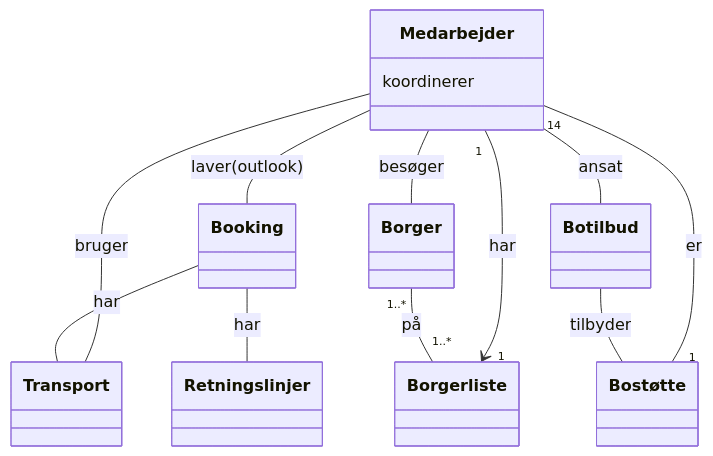
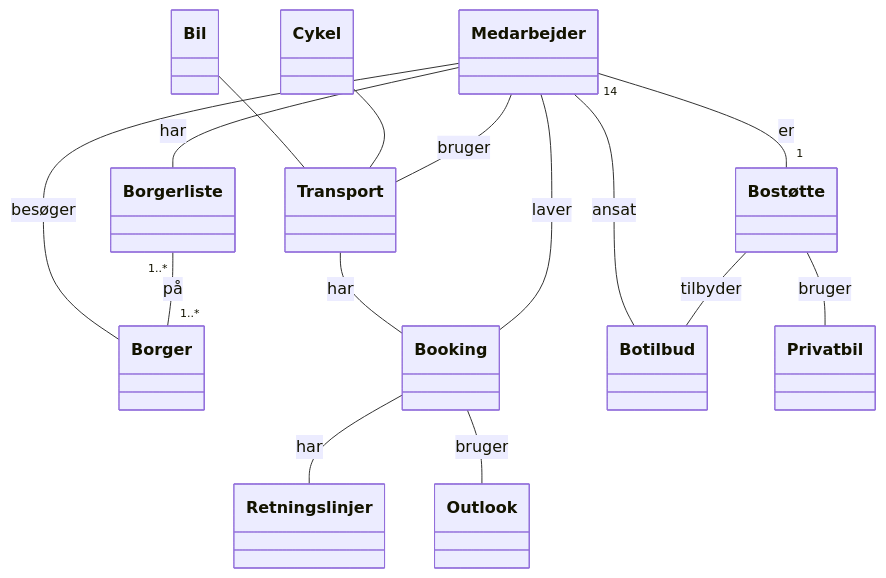
One commit to MatiasHeiberg/sibdat25-SysUd_SofArk_Project changed the diagram in docs/notes/Domænemodel.md. Above: the diagram before and after it, drawn with Mermaid. The commit also changed 1 other file, not shown here.

Commit message:
Domæne opdateret

````diff
--- a/docs/notes/Domænemodel.md
+++ b/docs/notes/Domænemodel.md
@@ -7,40 +7,34 @@
 ```mermaid
-classDiagram  
-  
-class Medarbejder {   
-koordinerer
-}  
-  
-class Transport {   
-}  
-  
-class Borger {  
-}  
+classDiagram
 
-class Booking {  
-}  
+class Medarbejder
+class Transport
+class Borger
+class Booking
+class Bostøtte
+class Botilbud
+class Retningslinjer
+class Borgerliste
+class Bil
+class Cykel
+class Outlook
+class Privatbil
 
-class Bostøtte {  
-}  
+Bil -- Transport
+Cykel -- Transport
 
-class Botilbud {  
-} 
+Transport -- Booking : har
+Medarbejder -- Transport : bruger
+Medarbejder -- Borger : besøger
+Medarbejder -- Booking : laver
+Booking -- Retningslinjer : har
+Booking -- Outlook : bruger
 
-class Retningslinjer {  
-}
+Medarbejder "14" -- "1" Bostøtte : er
+Medarbejder -- Botilbud : ansat
+Bostøtte -- Botilbud : tilbyder
+Bostøtte -- Privatbil : bruger
 
-class Borgerliste {  
-}
-
-
-Medarbejder  --  Transport : bruger
-Medarbejder -- Borger : besøger
-Medarbejder -- Booking : laver(outlook)
-Medarbejder "14"-- "1" Bostøtte : er
-Medarbejder -- Botilbud : ansat
-Botilbud -- Bostøtte : tilbyder
-Booking -- Transport : har
-Booking -- Retningslinjer : har
-Medarbejder "1" -->  "1" Borgerliste : har
-Borger "1..*" -- "1..*" Borgerliste : på
+Medarbejder -- Borgerliste : har
+Borgerliste "1..*" -- "1..*" Borger : på
 ```
````
